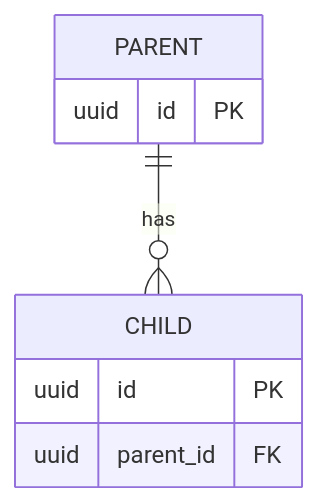
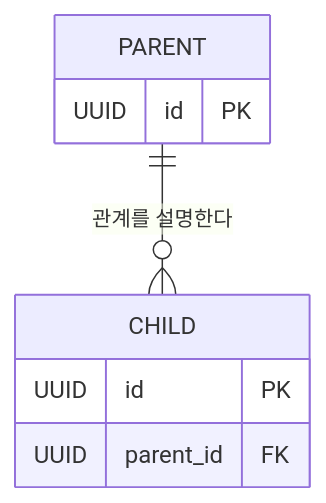
One commit to swj15935758-creator/only_clone changed the second of 2 diagrams in ttsstt/day38/2팀_2차프로젝트_안내서&산출물양식/04_DB설계서.md. Above: the diagram before and after it, drawn with Mermaid. The commit also changed other lines of this file and 1 other file, not shown here.

````diff
--- a/ttsstt/day38/2팀_2차프로젝트_안내서&산출물양식/04_DB설계서.md
+++ b/ttsstt/day38/2팀_2차프로젝트_안내서&산출물양식/04_DB설계서.md
@@ -4,7 +131,13 @@
 ```mermaid
 erDiagram
-    PARENT ||--o{ CHILD : has
-    PARENT { uuid id PK }
-    CHILD { uuid id PK
-            uuid parent_id FK }
+    PARENT ||--o{ CHILD : "관계를 설명한다"
+
+    PARENT {
+        UUID id PK
+    }
+
+    CHILD {
+        UUID id PK
+        UUID parent_id FK
+    }
 ```
````
